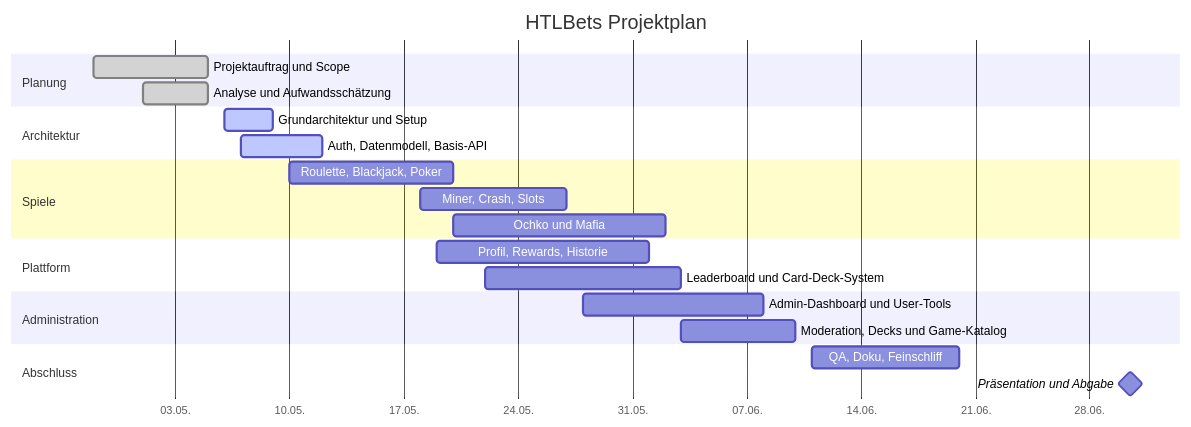
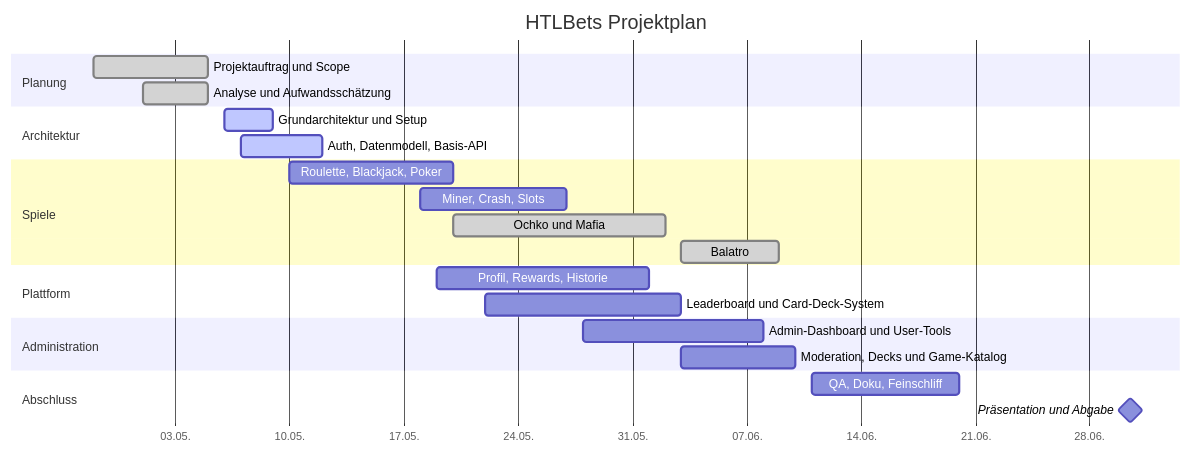
Before and after one commit to so-s1m4/HTLBets: the diagram in projektmanagement/Gantt-Plan.md, drawn with Mermaid. The commit also changed other lines of this file and 13 other files, not shown here.

````diff
--- a/projektmanagement/Gantt-Plan.md
+++ b/projektmanagement/Gantt-Plan.md
@@ -10,31 +10,32 @@
 ```mermaid
 gantt
     title HTLBets Projektplan
     dateFormat  YYYY-MM-DD
     axisFormat  %d.%m.
 
     section Planung
     Projektauftrag und Scope            :done, p1, 2026-04-28, 2026-05-05
     Analyse und Aufwandsschätzung       :done, p2, 2026-05-01, 2026-05-05
 
     section Architektur
     Grundarchitektur und Setup          :active, a1, 2026-05-06, 2026-05-09
     Auth, Datenmodell, Basis-API        :active, a2, 2026-05-07, 2026-05-12
 
     section Spiele
     Roulette, Blackjack, Poker          :g1, 2026-05-10, 2026-05-20
     Miner, Crash, Slots                 :g2, 2026-05-18, 2026-05-27
-    Ochko und Mafia                     :g3, 2026-05-20, 2026-06-02
+    Ochko und Mafia                     :done, g3, 2026-05-20, 2026-06-02
+    Balatro                             :done, g4, 2026-06-03, 2026-06-09
 
     section Plattform
     Profil, Rewards, Historie           :s1, 2026-05-19, 2026-06-01
     Leaderboard und Card-Deck-System    :s2, 2026-05-22, 2026-06-03
 
     section Administration
     Admin-Dashboard und User-Tools      :ad1, 2026-05-28, 2026-06-08
     Moderation, Decks und Game-Katalog  :ad2, 2026-06-03, 2026-06-10
 
     section Abschluss
     QA, Doku, Feinschliff               :q1, 2026-06-11, 2026-06-20
     Präsentation und Abgabe             :milestone, m1, 2026-06-30, 1d
 ```
````
